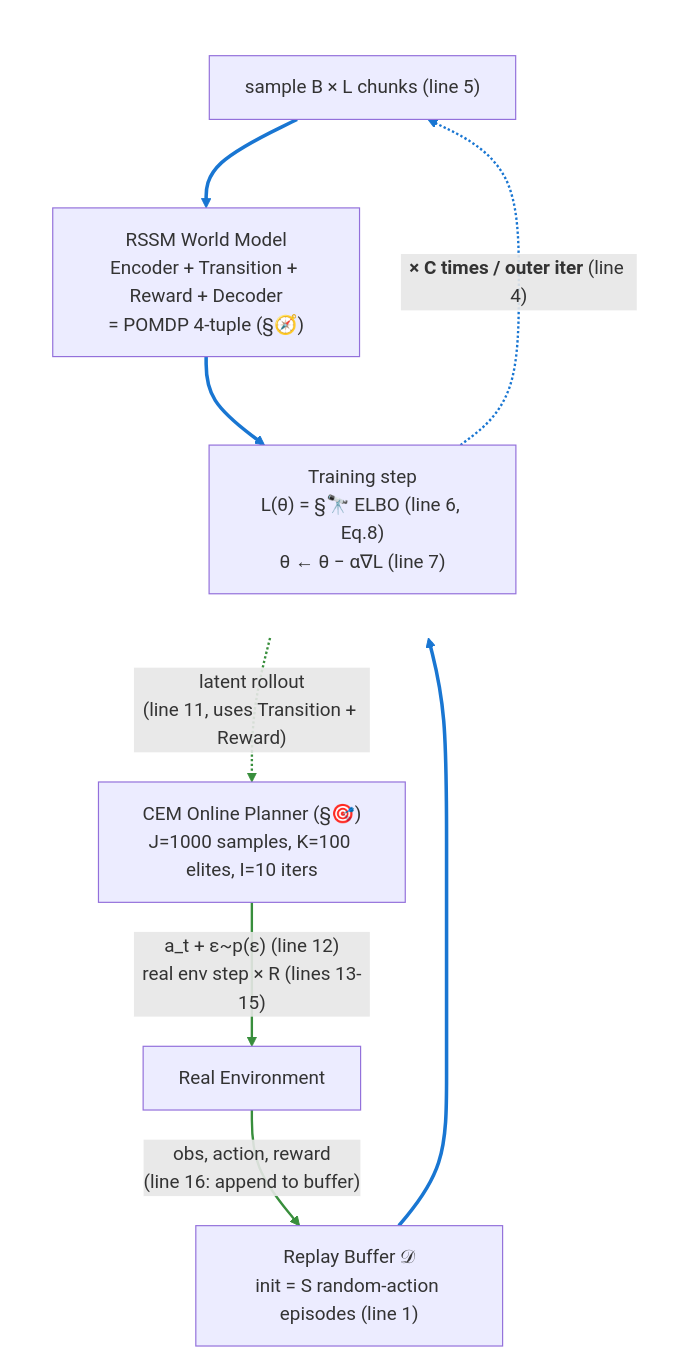
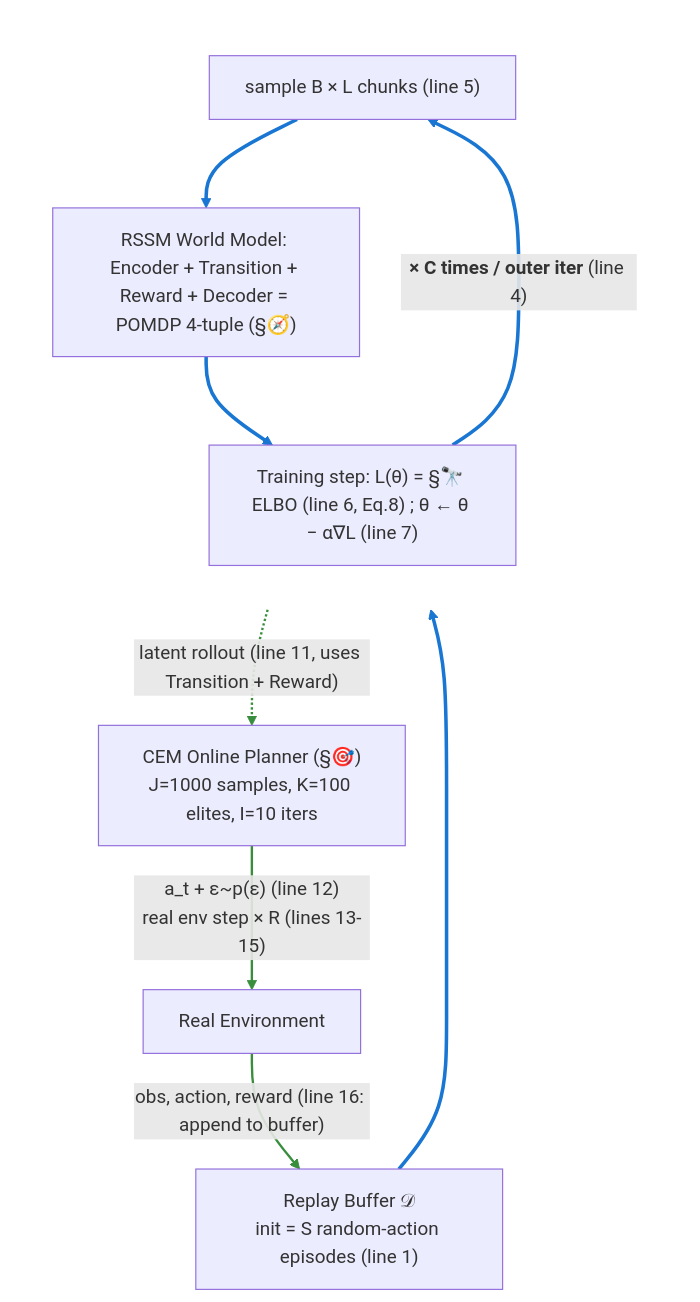
One commit to jinxinzhou/world-model-study changed the seventh of 7 diagrams in World-Model-Study-Notes.md. Above: the diagram before and after it, drawn with Mermaid. The commit also changed other lines of this file and 1 other file, not shown here.

Commit message:
docs: single-line labels, solid back-edge, retune image height
Three tweaks to the side-by-side bird's-eye / Algorithm 1 panel:

1. Collapse multi-line labels onto a single line each for a tighter,
   cleaner look (each node and edge label now fits on one row):
   - RSSM World Model: ... = POMDP 4-tuple (...)
   - Training step: L(theta) = ... ; theta <- theta - alpha * gradL
   - 'obs, action, reward (line 16: append to buffer)'
   - 'latent rollout (line 11, uses Transition + Reward)'

2. Change the blue C-iter back-edge (Train -> Sample) from dashed
   to solid. With the C-iter loop now a normal solid arrow, the
   'A · Model fitting' phase is uniformly solid blue, and the only
   dashed edge is the green latent rollout.

3. Shrink the Algorithm 1 image height from 850px down to 720px to
   better match the now-shorter mermaid (single-line labels reduce
   each node's height).

Update the color key to drop the 'blue dashed' bullet.

````diff
--- a/World-Model-Study-Notes.md
+++ b/World-Model-Study-Notes.md
@@ -2168,32 +2168,32 @@
 ```mermaid
 flowchart TD
     Env["Real Environment"]
     Buffer["Replay Buffer 𝒟<br/>init = S random-action episodes (line 1)"]
 
     subgraph A_phase [" "]
         direction TB
         Sample["sample B × L chunks (line 5)"]
-        RSSM["RSSM World Model<br/>Encoder + Transition + Reward + Decoder<br/>= POMDP 4-tuple (§🧭)"]
-        Train["Training step<br/>L(θ) = §🔭 ELBO (line 6, Eq.8)<br/>θ ← θ − α∇L (line 7)"]
-        Train -.->|"<b>× C times / outer iter</b> (line 4)"| Sample
+        RSSM["RSSM World Model: Encoder + Transition + Reward + Decoder = POMDP 4-tuple (§🧭)"]
+        Train["Training step: L(θ) = §🔭 ELBO (line 6, Eq.8) ; θ ← θ − α∇L (line 7)"]
+        Train -->|"<b>× C times / outer iter</b> (line 4)"| Sample
         Sample --> RSSM
         RSSM --> Train
     end
 
     CEM["CEM Online Planner (§🎯)<br/>J=1000 samples, K=100 elites, I=10 iters"]
 
-    Env -->|"obs, action, reward<br/>(line 16: append to buffer)"| Buffer
+    Env -->|"obs, action, reward (line 16: append to buffer)"| Buffer
     Buffer --> Sample
-    RSSM -.->|"latent rollout<br/>(line 11, uses Transition + Reward)"| CEM
+    RSSM -.->|"latent rollout (line 11, uses Transition + Reward)"| CEM
     CEM -->|"a_t + ε~p(ε) (line 12)<br/>real env step × R (lines 13-15)"| Env
 
     style A_phase fill:transparent,stroke:transparent
 
-    linkStyle 0 stroke:#1976d2,stroke-width:2px
+    linkStyle 0 stroke:#1976d2,stroke-width:3px
     linkStyle 1 stroke:#1976d2,stroke-width:3px
     linkStyle 2 stroke:#1976d2,stroke-width:3px
     linkStyle 3 stroke:#388e3c,stroke-width:2px
     linkStyle 4 stroke:#1976d2,stroke-width:3px
     linkStyle 5 stroke:#388e3c,stroke-width:2px
     linkStyle 6 stroke:#388e3c,stroke-width:2px
 ```
````
